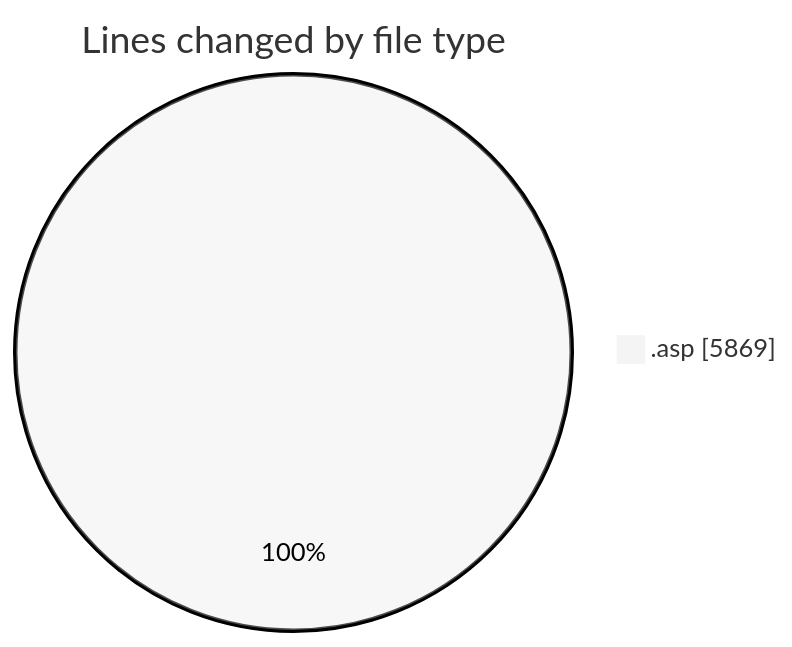
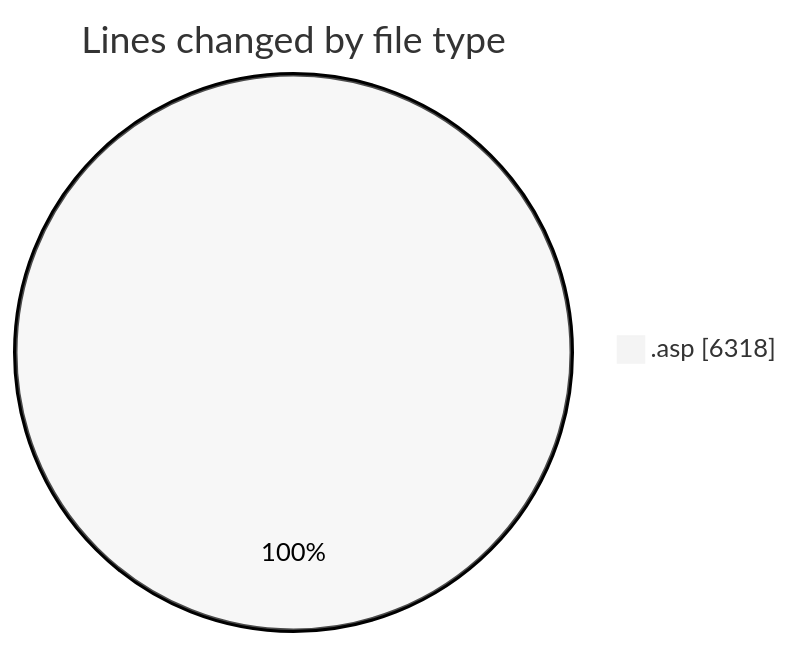
Before and after one commit to julien-gomy/code-tracking: the first of 2 diagrams in 2025-11-01/cdp_aleoudev_fr__workspace_/README.md, drawn with Mermaid (neutral theme). The commit also changed other lines of this file and 1 other file, not shown here.

````diff
--- a/2025-11-01/cdp_aleoudev_fr__workspace_/README.md
+++ b/2025-11-01/cdp_aleoudev_fr__workspace_/README.md
@@ -24,5 +24,5 @@
 ```mermaid
 pie showData
 title Lines changed by file type
-".asp" : 5869
+".asp" : 6318
 ```
````
